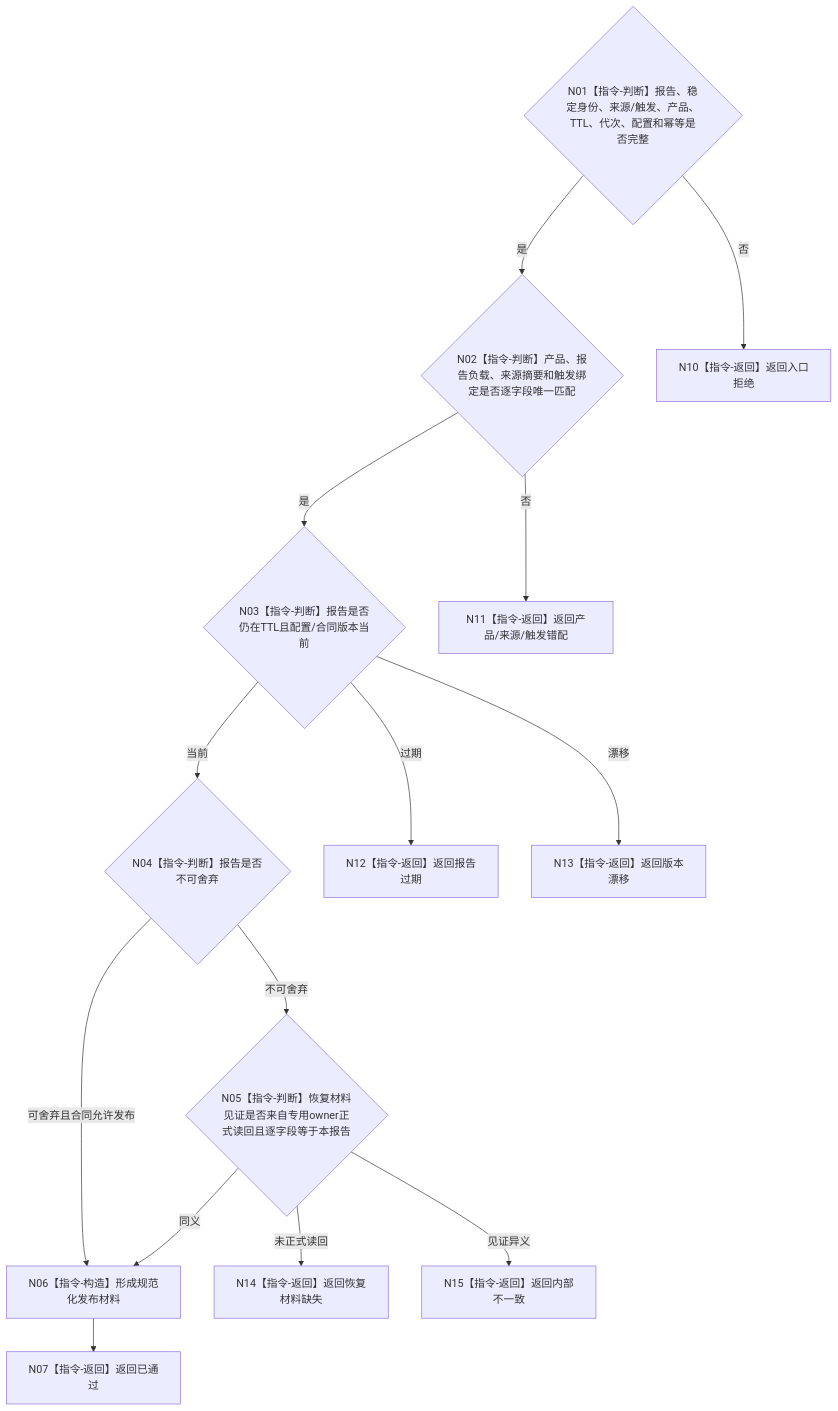
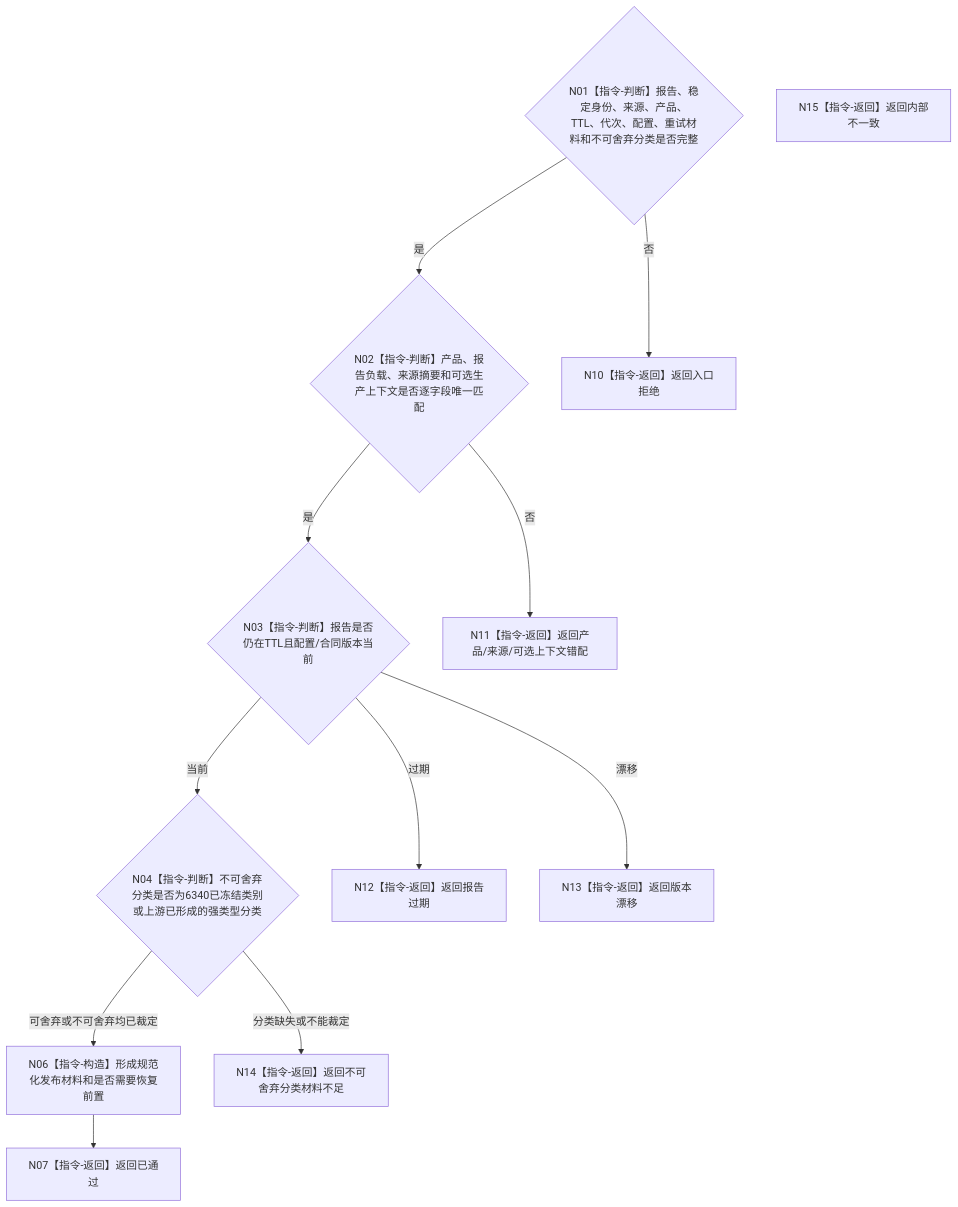
The diagram in 流程图/目标业务流程图/L3/BIZ-L3-006-04-01_复核外设报告发布合同_目标函数流程图_v0.2.md (chunhaizh-cyber/HY-Ego), drawn with Mermaid before and after one commit. The commit also changed other lines of this file and 13 other files, not shown here.

````diff
--- a/流程图/目标业务流程图/L3/BIZ-L3-006-04-01_复核外设报告发布合同_目标函数流程图_v0.2.md
+++ b/流程图/目标业务流程图/L3/BIZ-L3-006-04-01_复核外设报告发布合同_目标函数流程图_v0.2.md
@@ -30,29 +30,25 @@
 ```mermaid
 flowchart TD
-    N01{"N01【指令-判断】报告、稳定身份、来源/触发、产品、TTL、代次、配置和幂等是否完整"}
-    N02{"N02【指令-判断】产品、报告负载、来源摘要和触发绑定是否逐字段唯一匹配"}
+    N01{"N01【指令-判断】报告、稳定身份、来源、产品、TTL、代次、配置、重试材料和不可舍弃分类是否完整"}
+    N02{"N02【指令-判断】产品、报告负载、来源摘要和可选生产上下文是否逐字段唯一匹配"}
     N03{"N03【指令-判断】报告是否仍在TTL且配置/合同版本当前"}
-    N04{"N04【指令-判断】报告是否不可舍弃"}
-    N05{"N05【指令-判断】恢复材料见证是否来自专用owner正式读回且逐字段等于本报告"}
-    N06["N06【指令-构造】形成规范化发布材料"]
+    N04{"N04【指令-判断】不可舍弃分类是否为6340已冻结类别或上游已形成的强类型分类"}
+    N06["N06【指令-构造】形成规范化发布材料和是否需要恢复前置"]
     N07["N07【指令-返回】返回已通过"]
     N10["N10【指令-返回】返回入口拒绝"]
-    N11["N11【指令-返回】返回产品/来源/触发错配"]
+    N11["N11【指令-返回】返回产品/来源/可选上下文错配"]
     N12["N12【指令-返回】返回报告过期"]
     N13["N13【指令-返回】返回版本漂移"]
-    N14["N14【指令-返回】返回恢复材料缺失"]
+    N14["N14【指令-返回】返回不可舍弃分类材料不足"]
     N15["N15【指令-返回】返回内部不一致"]
 
     N01 -->|否| N10
     N01 -->|是| N02
     N02 -->|否| N11
     N02 -->|是| N03
     N03 -->|过期| N12
     N03 -->|漂移| N13
     N03 -->|当前| N04
-    N04 -->|可舍弃且合同允许发布| N06
-    N04 -->|不可舍弃| N05
-    N05 -->|未正式读回| N14
-    N05 -->|见证异义| N15
-    N05 -->|同义| N06 --> N07
+    N04 -->|分类缺失或不能裁定| N14
+    N04 -->|可舍弃或不可舍弃均已裁定| N06 --> N07
 ```
````
